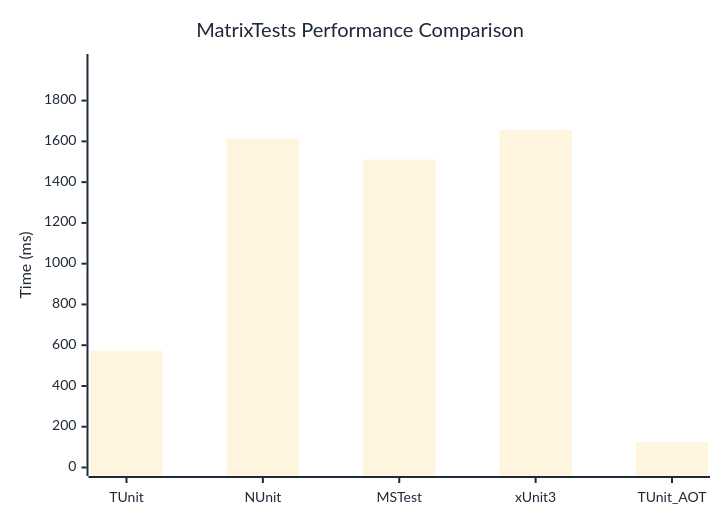
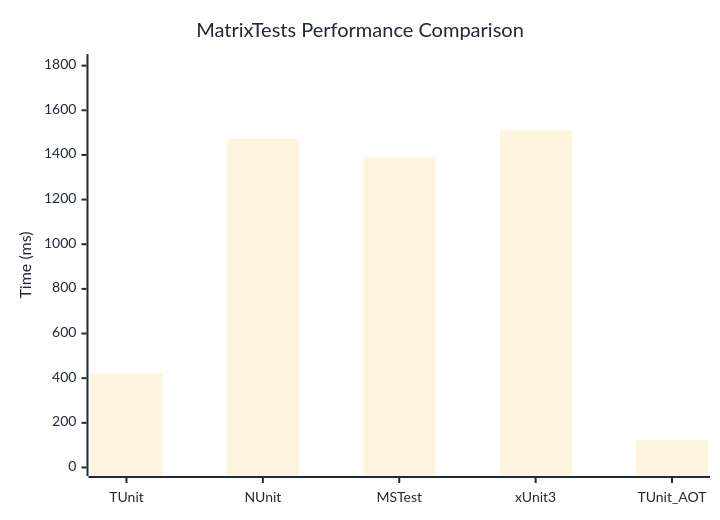
The diagram in docs/docs/benchmarks/MatrixTests.md (thomhurst/TUnit), drawn with Mermaid before and after one commit. The commit also changed other lines of this file and 16 other files, not shown here.

````diff
--- a/docs/docs/benchmarks/MatrixTests.md
+++ b/docs/docs/benchmarks/MatrixTests.md
@@ -27,37 +27,37 @@
 ```mermaid
 %%{init: {
   'theme':'base',
   'themeVariables': {
     'primaryColor': '#2563eb',
     'primaryTextColor': '#1f2937',
     'primaryBorderColor': '#1e40af',
     'lineColor': '#6b7280',
     'secondaryColor': '#7c3aed',
     'tertiaryColor': '#dc2626',
     'background': '#ffffff',
     'mainBkg': '#2563eb',
     'secondBkg': '#7c3aed',
     'tertiaryBkg': '#dc2626',
     'clusterBkg': '#f3f4f6',
     'edgeLabelBackground': '#ffffff',
     'tertiaryTextColor': '#1f2937',
     'pie1': '#2563eb',
     'pie2': '#7c3aed',
     'pie3': '#dc2626',
     'pie4': '#f59e0b',
     'pie5': '#10b981',
     'pie6': '#06b6d4',
     'pie7': '#ec4899',
     'pie8': '#6366f1',
     'pie9': '#84cc16',
     'pie10': '#f97316',
     'pie11': '#14b8a6',
     'pie12': '#a855f7'
   }
 }}%%
 xychart-beta
   title "MatrixTests Performance Comparison"
   x-axis ["TUnit", "NUnit", "MSTest", "xUnit3", "TUnit_AOT"]
-  y-axis "Time (ms)" 0 --> 1987
-  bar [573, 1612.9, 1510.9, 1655.5, 125.4]
+  y-axis "Time (ms)" 0 --> 1814
+  bar [421.6, 1471.8, 1391.8, 1511.6, 121.8]
 ```
````
